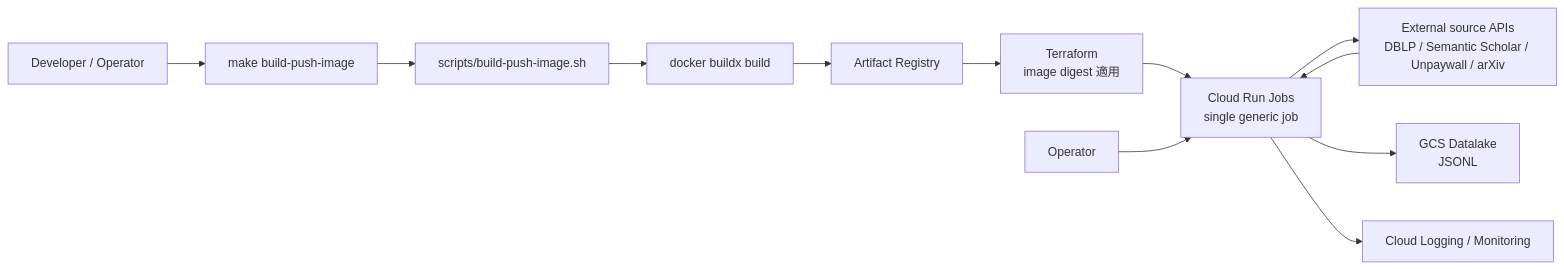
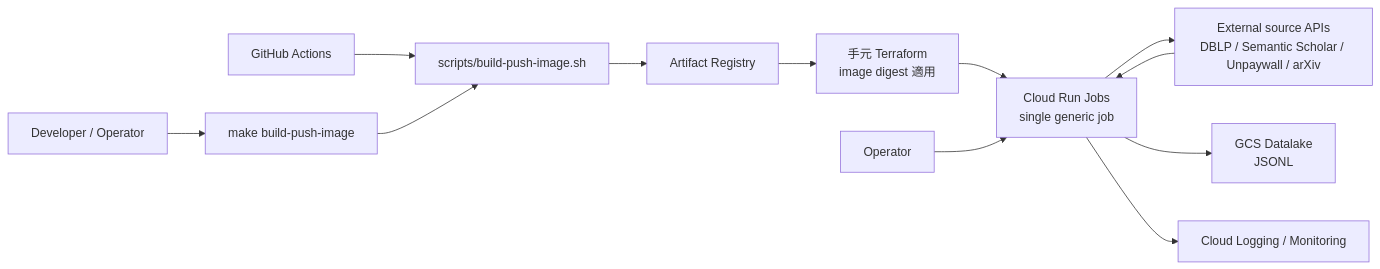
The second of 2 diagrams in workflows/crawler/README.md (haru-256/devgist), drawn with Mermaid before and after one commit. The commit also changed other lines of this file and 18 other files, not shown here.

First line of the commit message:
crawler image を GitHub Actions から Artifact Registry へ push する (#88)

````diff
--- a/workflows/crawler/README.md
+++ b/workflows/crawler/README.md
@@ -76,14 +78,14 @@
 ```mermaid
 graph LR
+    GHA[GitHub Actions] --> Script[scripts/build-push-image.sh]
     Dev[Developer / Operator] --> Make[make build-push-image]
-    Make --> Script[scripts/build-push-image.sh]
-    Script --> Build[docker buildx build]
-    Build --> AR[Artifact Registry]
-    AR --> TF[Terraform<br/>image digest 適用]
+    Make --> Script
+    Script --> AR[Artifact Registry]
+    AR --> TF[手元 Terraform<br/>image digest 適用]
     TF --> CRJ[Cloud Run Jobs<br/>single generic job]
     Operator[Operator] --> CRJ
     CRJ --> APIs[External source APIs<br/>DBLP / Semantic Scholar / Unpaywall / arXiv]
     APIs --> CRJ
     CRJ --> GCS[GCS Datalake<br/>JSONL]
     CRJ --> Logs[Cloud Logging / Monitoring]
 ```
````
